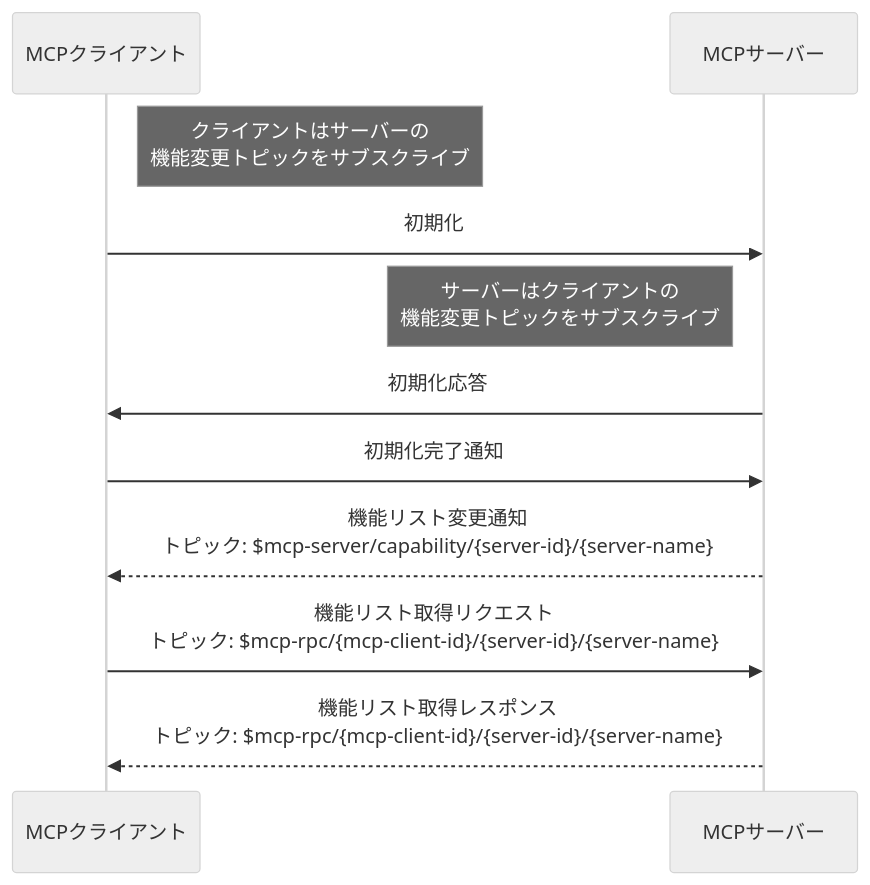
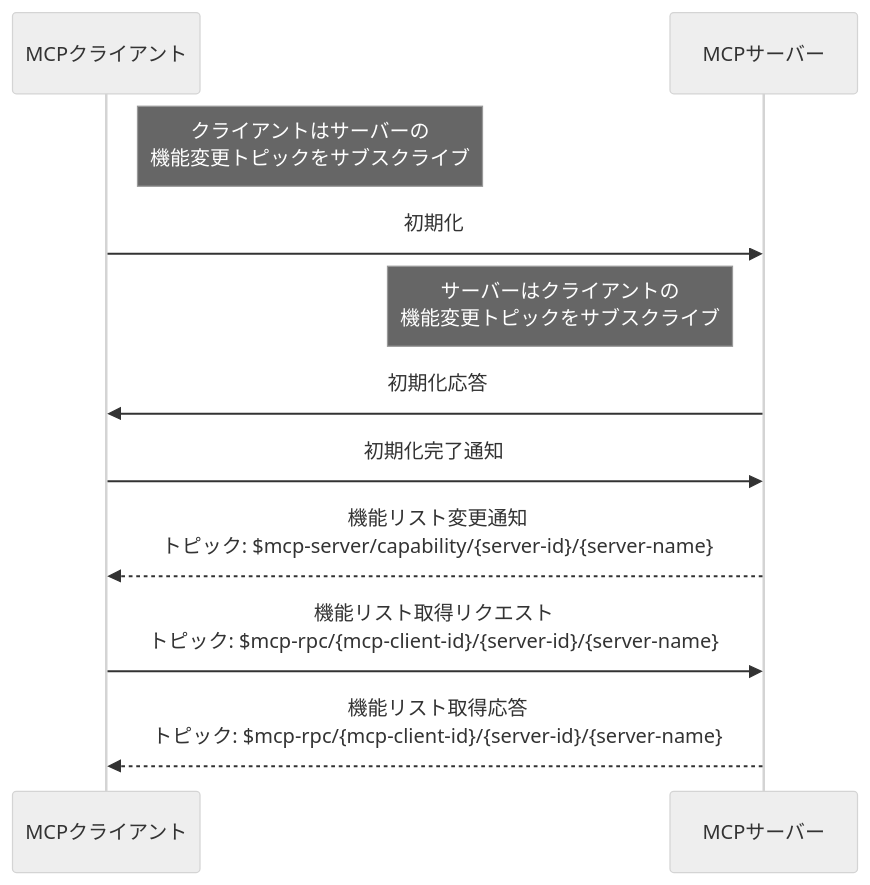
Before and after one commit to emqx/emqx-docs: the third of 4 diagrams in ja_JP/emqx-ai/mcp-over-mqtt/specification.md, drawn with Mermaid (neutral theme). The commit also changed other lines of this file and 71 other files, not shown here.

````diff
--- a/ja_JP/emqx-ai/mcp-over-mqtt/specification.md
+++ b/ja_JP/emqx-ai/mcp-over-mqtt/specification.md
@@ -489,18 +331,18 @@
 ```mermaid
 sequenceDiagram
     participant MCP_Client as MCPクライアント
     participant MCP_Server as MCPサーバー
 
     Note right of MCP_Client: クライアントはサーバーの<br/>機能変更トピックをサブスクライブ
     MCP_Client ->> MCP_Server: 初期化
 
     Note left of MCP_Server: サーバーはクライアントの<br/>機能変更トピックをサブスクライブ
     MCP_Server ->> MCP_Client: 初期化応答
     MCP_Client ->> MCP_Server: 初期化完了通知
 
     MCP_Server -->> MCP_Client: 機能リスト変更通知<br/>トピック: $mcp-server/capability/{server-id}/{server-name}
 
     MCP_Client ->> MCP_Server: 機能リスト取得リクエスト<br/>トピック: $mcp-rpc/{mcp-client-id}/{server-id}/{server-name}
 
-    MCP_Server -->> MCP_Client: 機能リスト取得レスポンス<br/>トピック: $mcp-rpc/{mcp-client-id}/{server-id}/{server-name}
+    MCP_Server -->> MCP_Client: 機能リスト取得応答<br/>トピック: $mcp-rpc/{mcp-client-id}/{server-id}/{server-name}
 ```
````
